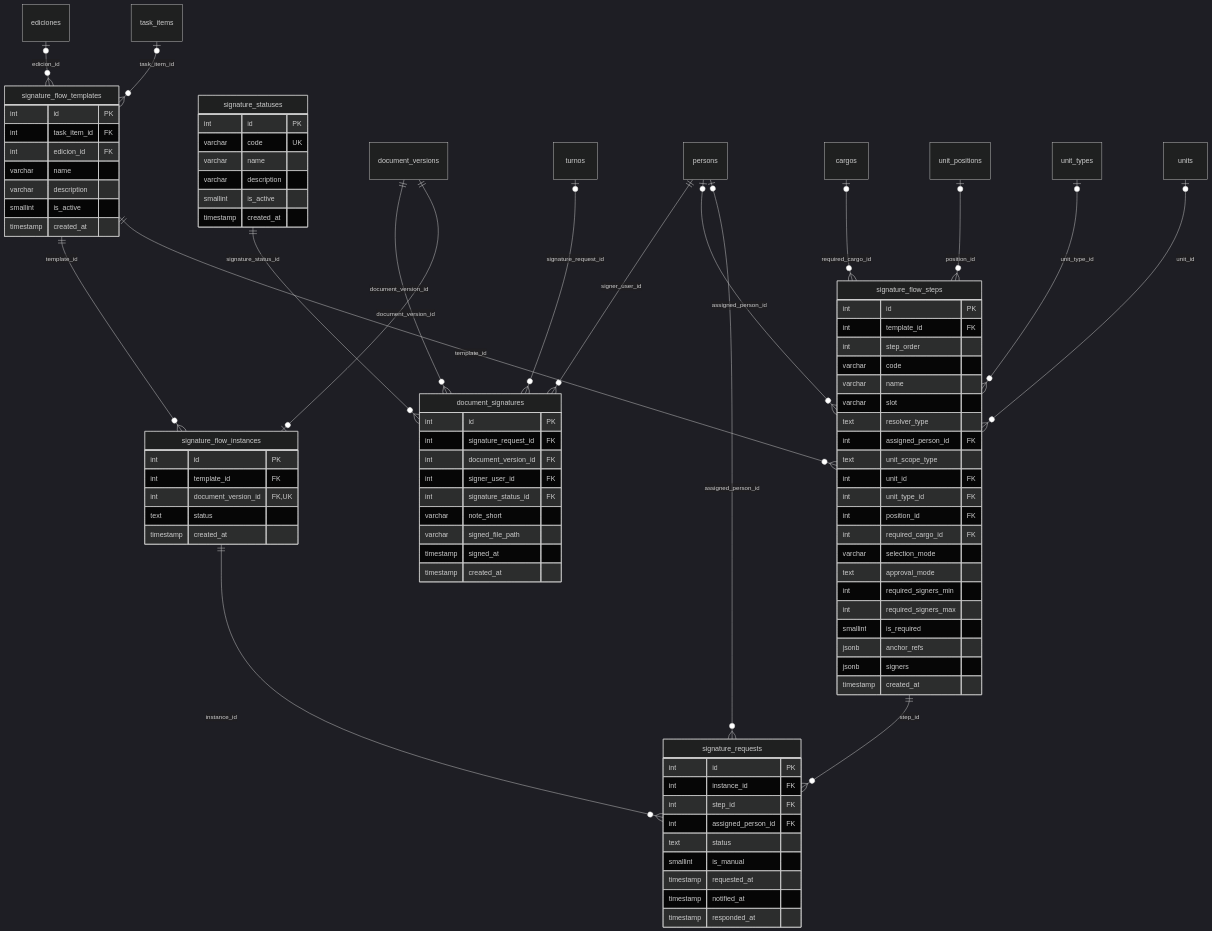
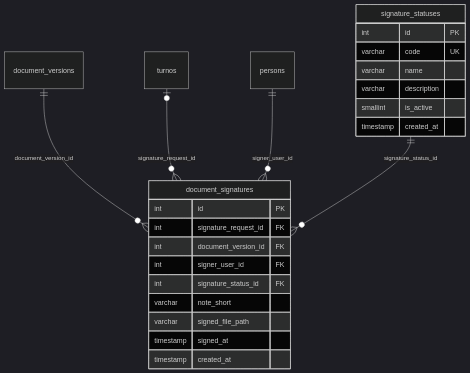
Before and after one commit to fresvel/deasy: the eighth of 9 diagrams in docs/src/content/docs/modelo/mapa-con-campos.md, drawn with Mermaid (dark theme). The commit also changed other lines of this file and 71 other files, not shown here.

````diff
--- a/docs/src/content/docs/modelo/mapa-con-campos.md
+++ b/docs/src/content/docs/modelo/mapa-con-campos.md
@@ -616,56 +545,6 @@
 ```mermaid
 erDiagram
   %% generado por scripts/docs/gen-mapa-campos.mjs: no se edita a mano
-  signature_flow_templates {
-    int id PK
-    int task_item_id FK
-    int edicion_id FK
-    varchar name
-    varchar description
-    smallint is_active
-    timestamp created_at
-  }
-  signature_flow_steps {
-    int id PK
-    int template_id FK
-    int step_order
-    varchar code
-    varchar name
-    varchar slot
-    text resolver_type
-    int assigned_person_id FK
-    text unit_scope_type
-    int unit_id FK
-    int unit_type_id FK
-    int position_id FK
-    int required_cargo_id FK
-    varchar selection_mode
-    text approval_mode
-    int required_signers_min
-    int required_signers_max
-    smallint is_required
-    jsonb anchor_refs
-    jsonb signers
-    timestamp created_at
-  }
-  signature_flow_instances {
-    int id PK
-    int template_id FK
-    int document_version_id FK, UK
-    text status
-    timestamp created_at
-  }
-  signature_requests {
-    int id PK
-    int instance_id FK
-    int step_id FK
-    int assigned_person_id FK
-    text status
-    smallint is_manual
-    timestamp requested_at
-    timestamp notified_at
-    timestamp responded_at
-  }
   document_signatures {
     int id PK
     int signature_request_id FK
@@ -689,17 +568,4 @@
   turnos |o--o{ document_signatures : "signature_request_id"
   persons ||--o{ document_signatures : "signer_user_id"
   signature_statuses ||--o{ document_signatures : "signature_status_id"
-  document_versions ||--o| signature_flow_instances : "document_version_id"
-  signature_flow_templates ||--o{ signature_flow_instances : "template_id"
-  cargos |o--o{ signature_flow_steps : "required_cargo_id"
-  persons |o--o{ signature_flow_steps : "assigned_person_id"
-  unit_positions |o--o{ signature_flow_steps : "position_id"
-  signature_flow_templates ||--o{ signature_flow_steps : "template_id"
-  unit_types |o--o{ signature_flow_steps : "unit_type_id"
-  units |o--o{ signature_flow_steps : "unit_id"
-  ediciones |o--o{ signature_flow_templates : "edicion_id"
-  task_items |o--o{ signature_flow_templates : "task_item_id"
-  signature_flow_instances ||--o{ signature_requests : "instance_id"
-  persons |o--o{ signature_requests : "assigned_person_id"
-  signature_flow_steps ||--o{ signature_requests : "step_id"
 ```
````
